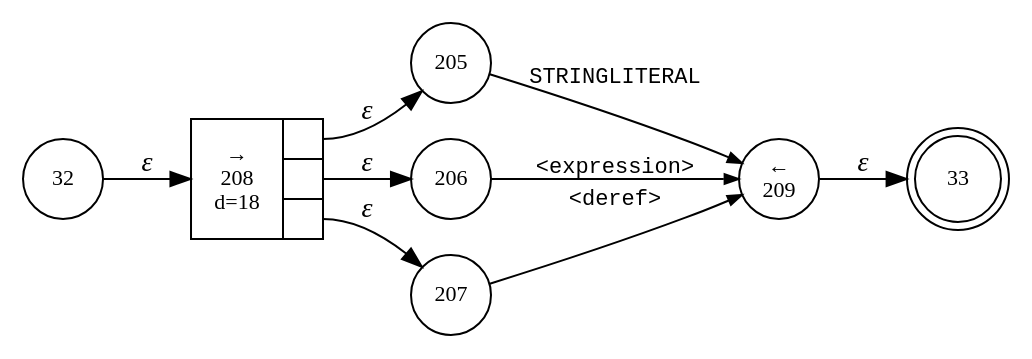
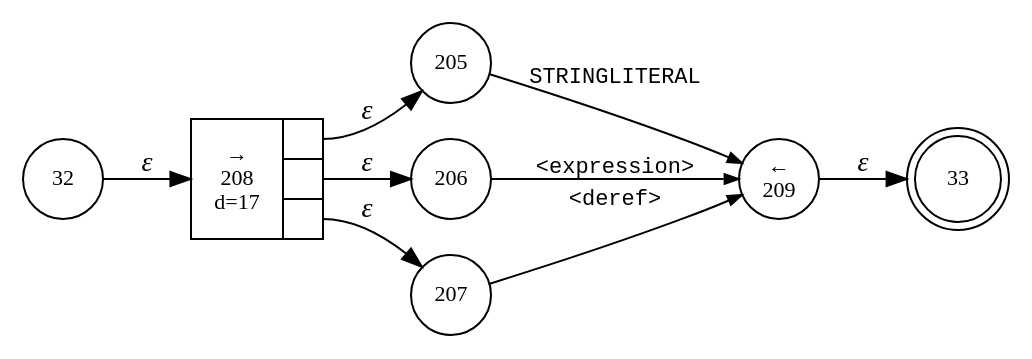
The diagram in interpreter/logo/logo.value.dot (Shinigami072/Compilers-LogoInterpreter), drawn with Graphviz before and after one commit. The commit also changed 20 other files, not shown here.

```diff
--- a/interpreter/logo/logo.value.dot
+++ b/interpreter/logo/logo.value.dot
@@ -1,18 +1,18 @@
 digraph ATN {
 rankdir=LR;
 s33[fontsize=11, label="33", shape=doublecircle, fixedsize=true, width=.6];
 s32[fontsize=11,label="32", shape=circle, fixedsize=true, width=.55, peripheries=1];
-s208[fontsize=11,label="{&rarr;\n208\nd=18|{<p0>|<p1>|<p2>}}", shape=record, fixedsize=false, peripheries=1];
+s208[fontsize=11,label="{&rarr;\n208\nd=17|{<p0>|<p1>|<p2>}}", shape=record, fixedsize=false, peripheries=1];
 s209[fontsize=11,label="&larr;\n209", shape=circle, fixedsize=true, width=.55, peripheries=1];
 s205[fontsize=11,label="205", shape=circle, fixedsize=true, width=.55, peripheries=1];
 s206[fontsize=11,label="206", shape=circle, fixedsize=true, width=.55, peripheries=1];
 s207[fontsize=11,label="207", shape=circle, fixedsize=true, width=.55, peripheries=1];
 s32 -> s208 [fontname="Times-Italic", label="&epsilon;"];
 s208:p0 -> s205 [fontname="Times-Italic", label="&epsilon;"];
 s208:p1 -> s206 [fontname="Times-Italic", label="&epsilon;"];
 s208:p2 -> s207 [fontname="Times-Italic", label="&epsilon;"];
 s205 -> s209 [fontsize=11, fontname="Courier", arrowsize=.7, label = "STRINGLITERAL", arrowhead = normal];
 s206 -> s209 [fontsize=11, fontname="Courier", arrowsize=.7, label = "<expression>", arrowhead = normal];
 s207 -> s209 [fontsize=11, fontname="Courier", arrowsize=.7, label = "<deref>", arrowhead = normal];
 s209 -> s33 [fontname="Times-Italic", label="&epsilon;"];
 }
```
